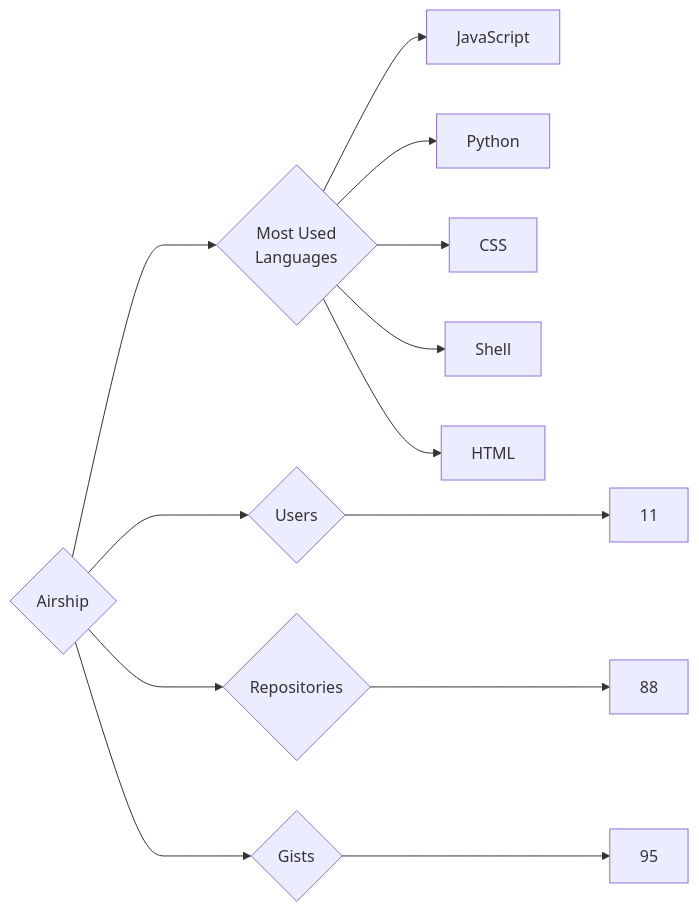
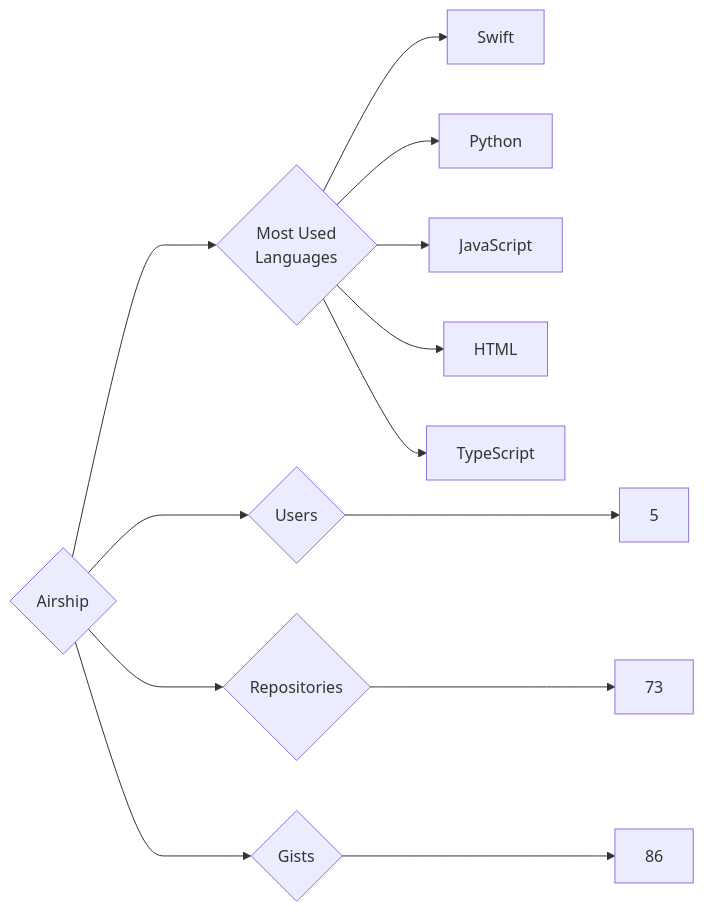
Before and after one commit to trickest/insiders: the diagram in targets/Airship/README.md, drawn with Mermaid. The commit also changed 993 other files, not shown here.

````diff
--- a/targets/Airship/README.md
+++ b/targets/Airship/README.md
@@ -3,13 +3,13 @@
 ```mermaid
 graph LR
 COMPANY_NAME{Airship}
-COMPANY_NAME ---> U{Users} ---> UN[11]
-COMPANY_NAME ---> R{Repositories} ---> RN[88]
-COMPANY_NAME ---> G{Gists} ---> GN[95]
+COMPANY_NAME ---> U{Users} ---> UN[5]
+COMPANY_NAME ---> R{Repositories} ---> RN[73]
+COMPANY_NAME ---> G{Gists} ---> GN[86]
 COMPANY_NAME ---> ML{Most Used<br>Languages}
+ML --> Swift[Swift]
+ML --> Python[Python]
 ML --> JavaScript[JavaScript]
-ML --> Python[Python]
-ML --> CSS[CSS]
-ML --> Shell[Shell]
 ML --> HTML[HTML]
+ML --> TypeScript[TypeScript]
 ```
````
